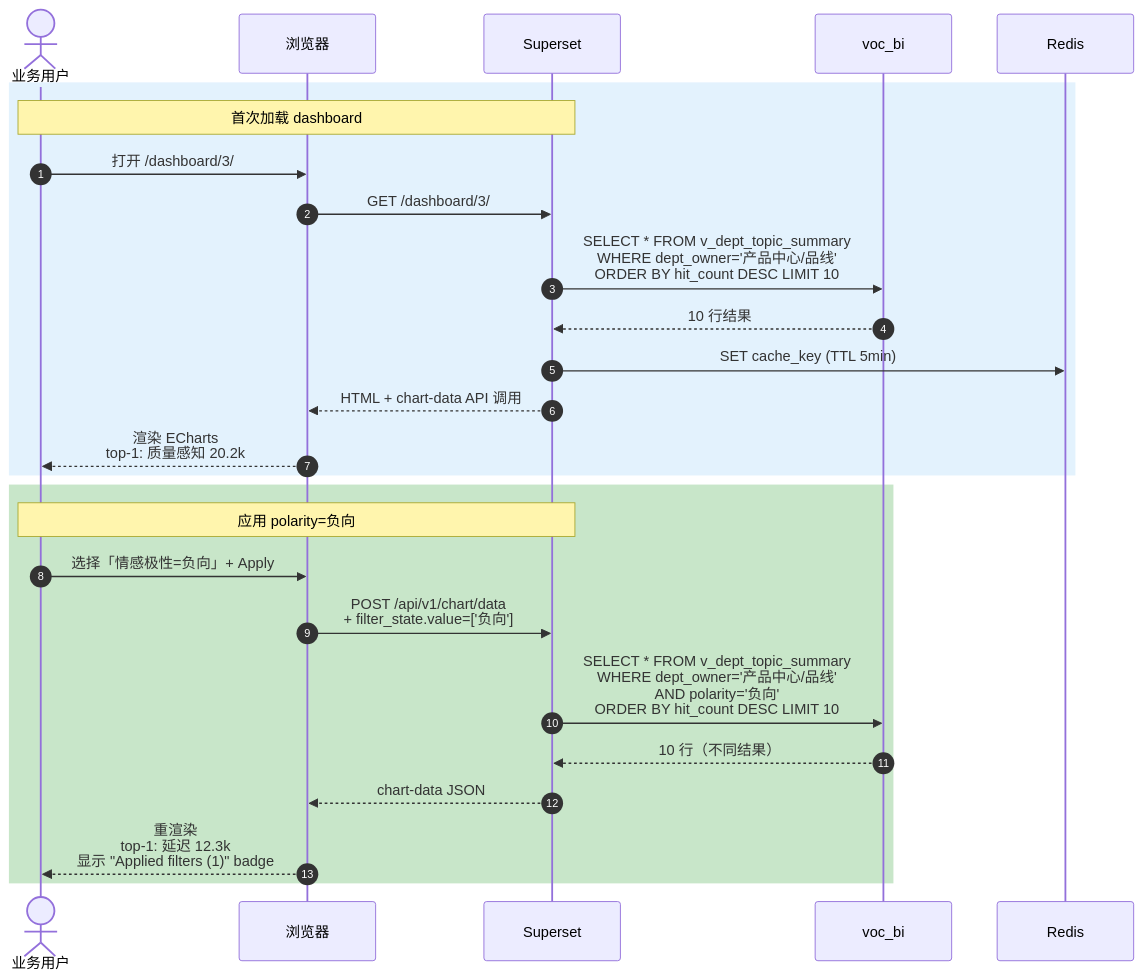
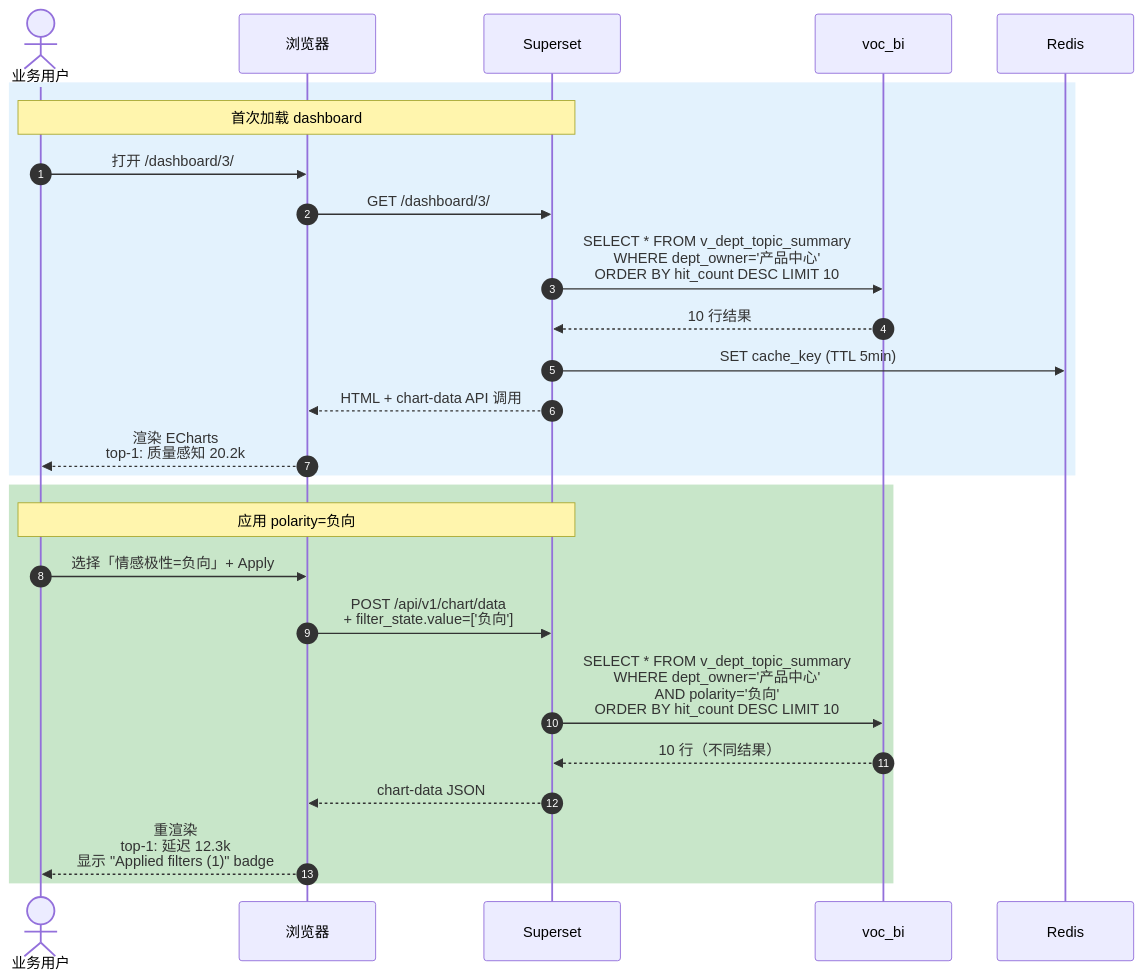
The seventh of 10 diagrams in paper2skills-vault/07-NLP-VOC/research/01-设计文档/00-Phase5-汇报与复盘/phase7-architecture-diagrams.md (zjgulai/paper_to_skills), drawn with Mermaid before and after one commit. The commit also changed other lines of this file and 50 other files, not shown here.

````diff
--- a/paper2skills-vault/07-NLP-VOC/research/01-设计文档/00-Phase5-汇报与复盘/phase7-architecture-diagrams.md
+++ b/paper2skills-vault/07-NLP-VOC/research/01-设计文档/00-Phase5-汇报与复盘/phase7-architecture-diagrams.md
@@ -276,30 +276,30 @@
 ```mermaid
 sequenceDiagram
     autonumber
     actor U as 业务用户
     participant B as 浏览器
     participant SS as Superset
     participant PG as voc_bi
     participant CACHE as Redis
 
     rect rgb(227, 242, 253)
         Note over U,SS: 首次加载 dashboard
         U->>B: 打开 /dashboard/3/
         B->>SS: GET /dashboard/3/
-        SS->>PG: SELECT * FROM v_dept_topic_summary<br/>WHERE dept_owner='产品中心/品线'<br/>ORDER BY hit_count DESC LIMIT 10
+        SS->>PG: SELECT * FROM v_dept_topic_summary<br/>WHERE dept_owner='产品中心'<br/>ORDER BY hit_count DESC LIMIT 10
         PG-->>SS: 10 行结果
         SS->>CACHE: SET cache_key (TTL 5min)
         SS-->>B: HTML + chart-data API 调用
         B-->>U: 渲染 ECharts<br/>top-1: 质量感知 20.2k
     end
 
     rect rgb(200, 230, 201)
         Note over U,SS: 应用 polarity=负向
         U->>B: 选择「情感极性=负向」+ Apply
         B->>SS: POST /api/v1/chart/data<br/>+ filter_state.value=['负向']
-        SS->>PG: SELECT * FROM v_dept_topic_summary<br/>WHERE dept_owner='产品中心/品线'<br/>  AND polarity='负向'<br/>ORDER BY hit_count DESC LIMIT 10
+        SS->>PG: SELECT * FROM v_dept_topic_summary<br/>WHERE dept_owner='产品中心'<br/>  AND polarity='负向'<br/>ORDER BY hit_count DESC LIMIT 10
         PG-->>SS: 10 行（不同结果）
         SS-->>B: chart-data JSON
         B-->>U: 重渲染<br/>top-1: 延迟 12.3k<br/>显示 "Applied filters (1)" badge
     end
 ```
````
